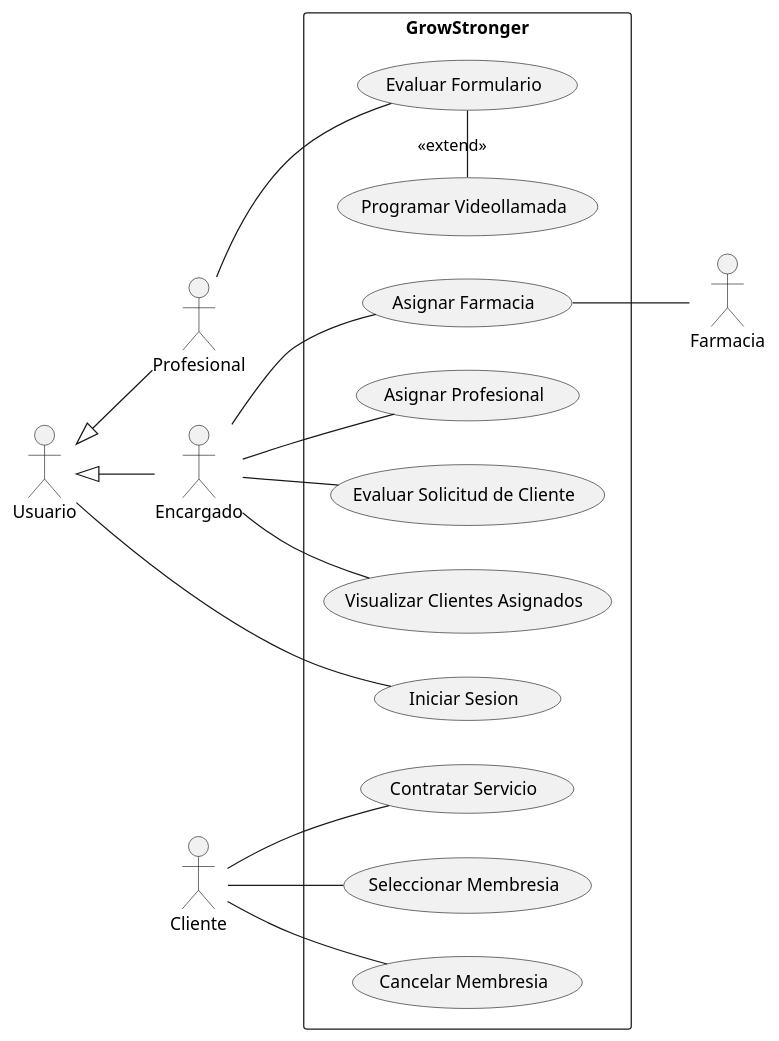
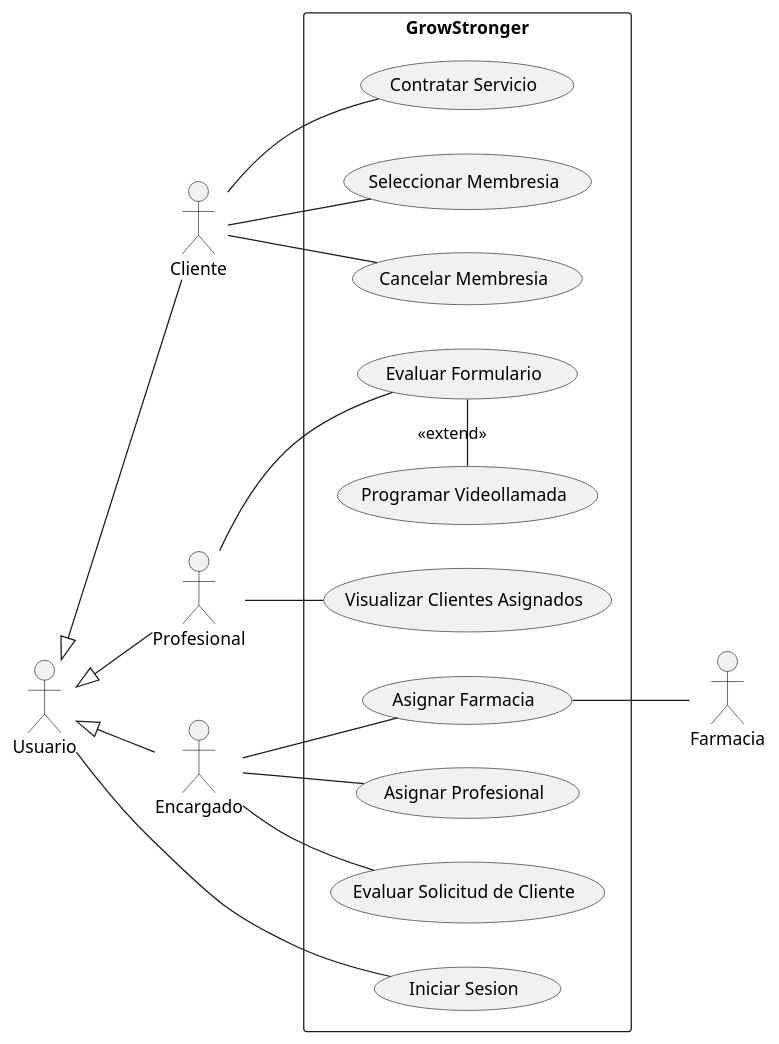
Before and after one commit to Z0SO/UML-Practice: the first of 2 diagrams in Modelo Final/Resolucion de Z0SO.md, drawn with PlantUML. The commit also changed other lines of this file and 1 other file, not shown here.

````diff
--- a/Modelo Final/Resolucion de Z0SO.md
+++ b/Modelo Final/Resolucion de Z0SO.md
@@ -7,65 +7,69 @@
 ```plantuml
 
 @startuml
 
 left to right direction
 
 actor "Usuario" as usuario
 
 actor "Cliente" as cliente
 actor "Profesional" as profesional
 actor "Encargado" as encargado
 
 usuario <|-- profesional
 usuario <|-- encargado
 
 ' tambien se requiere un actor secundario Farmacia
-
 actor "Farmacia" as farmacia
 
+' para mi los usuarios para el sistema deben estar logueados si o si
+' por lo que se debe iniciar sesion
+
+usuario <|-- cliente
 
 
 
 rectangle "GrowStronger" {
     
     ' caso de uso de usuario
     usecase "Iniciar Sesion" as IS
     usuario -- IS
 
 
     ' parte clientes
     usecase "Contratar Servicio" as CS
     usecase "Seleccionar Membresia" as SeleccMem
     usecase "Cancelar Membresia" as cancelMem
     cliente -- CS
     cliente -- SeleccMem
     cliente -- cancelMem
 
     ' parte profesional
     usecase "Evaluar Formulario" as EF
     usecase "Programar Videollamada" as ProgVid
+    usecase "Visualizar Clientes Asignados" as VCA
 
+    profesional -- VCA
+    profesional -- EF
+    '---- parte del actor secundario
     EF -left- ProgVid: <<extend>>
-    profesional -- EF
 
 
     ' parte encargado
     usecase "Asignar Profesional" as AsignarProf
     usecase "Asignar Farmacia" as AF
     usecase "Evaluar Solicitud de Cliente" as ESC
-    usecase "Visualizar Clientes Asignados" as VCA
 
     encargado -- AF
     encargado -- AsignarProf
     encargado -- ESC
-    encargado -- VCA
 
 
     ' actor secundario farmacia
     farmacia -up- AF
 
 }
 
 
 @enduml
 ```
````
